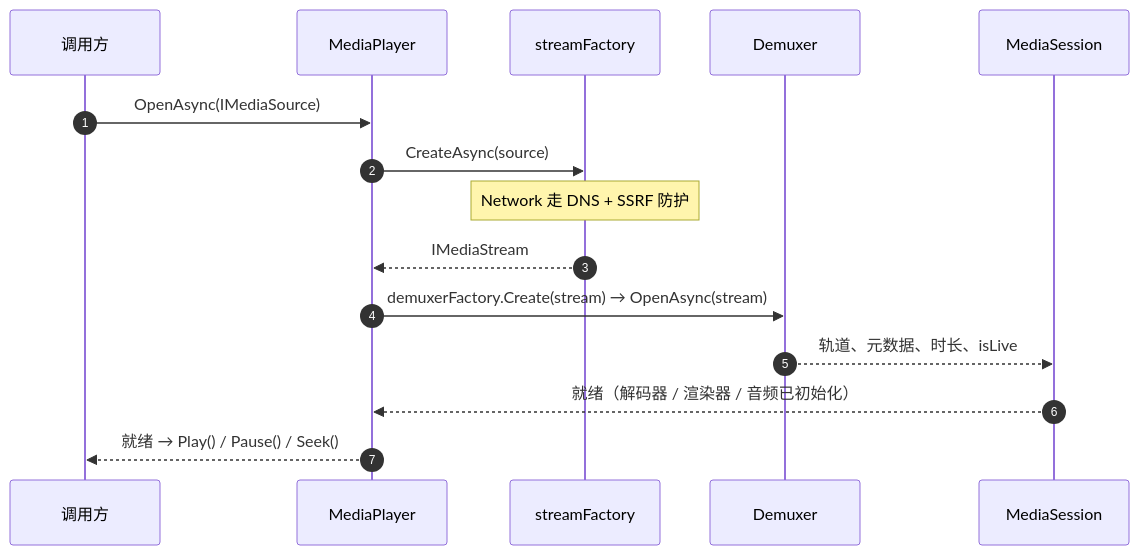
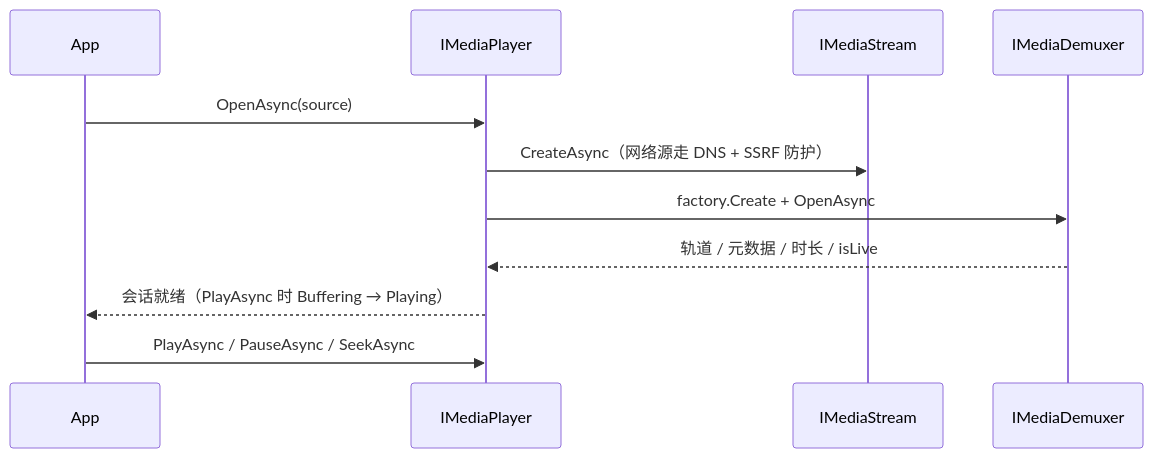
The second of 2 diagrams in docs/zh/guide/backends.md (MoFeng-02/LingFan.Media), drawn with Mermaid before and after one commit. The commit also changed other lines of this file and 275 other files, not shown here.

````diff
--- a/docs/zh/guide/backends.md
+++ b/docs/zh/guide/backends.md
@@ -91,17 +66,13 @@
 ```mermaid
 sequenceDiagram
-    autonumber
-    participant Caller as 调用方
-    participant Player as MediaPlayer
-    participant Factory as streamFactory
-    participant Demux as Demuxer
-    participant Session as MediaSession
-    Caller->>Player: OpenAsync(IMediaSource)
-    Player->>Factory: CreateAsync(source)
-    Note over Factory: Network 走 DNS + SSRF 防护
-    Factory-->>Player: IMediaStream
-    Player->>Demux: demuxerFactory.Create(stream) → OpenAsync(stream)
-    Demux-->>Session: 轨道、元数据、时长、isLive
-    Session-->>Player: 就绪（解码器 / 渲染器 / 音频已初始化）
-    Player-->>Caller: 就绪 → Play() / Pause() / Seek()
+    participant App
+    participant Player as IMediaPlayer
+    participant Stream as IMediaStream
+    participant Demux as IMediaDemuxer
+    App->>Player: OpenAsync(source)
+    Player->>Stream: CreateAsync（网络源走 DNS + SSRF 防护）
+    Player->>Demux: factory.Create + OpenAsync
+    Demux-->>Player: 轨道 / 元数据 / 时长 / isLive
+    Player-->>App: 会话就绪（PlayAsync 时 Buffering → Playing）
+    App->>Player: PlayAsync / PauseAsync / SeekAsync
 ```
````
